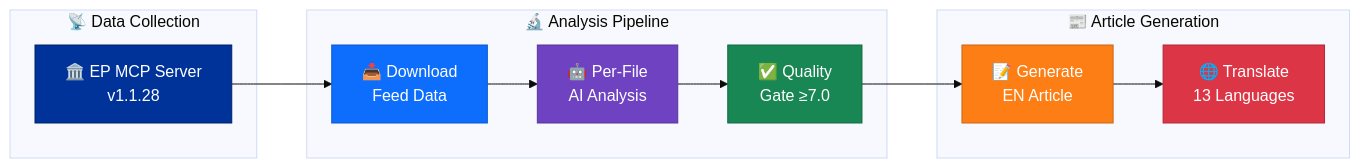
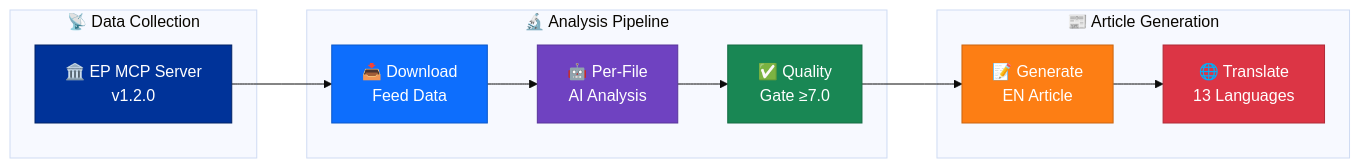
Before and after one commit to Hack23/euparliamentmonitor: the first of 7 diagrams in analysis/README.md, drawn with Mermaid (base theme). The commit also changed other lines of this file and 31 other files, not shown here.

First line of the commit message:
chore: bump european-parliament-mcp-server from 1.1.28 to 1.2.0 across all configs, workflows, docs, and tests

````diff
--- a/analysis/README.md
+++ b/analysis/README.md
@@ -63,26 +63,26 @@
 ```mermaid
 flowchart LR
     subgraph "📡 Data Collection"
-        EP["🏛️ EP MCP Server\nv1.1.28"]
+        EP["🏛️ EP MCP Server\nv1.2.0"]
     end
 
     subgraph "🔬 Analysis Pipeline"
         DL["📥 Download\nFeed Data"]
         AI["🤖 Per-File\nAI Analysis"]
         QG["✅ Quality\nGate ≥7.0"]
     end
 
     subgraph "📰 Article Generation"
         GEN["📝 Generate\nEN Article"]
         TR["🌐 Translate\n13 Languages"]
     end
 
     EP --> DL --> AI --> QG --> GEN --> TR
 
     style EP fill:#003399,stroke:#002266,color:#fff
     style DL fill:#0d6efd,stroke:#0a58ca,color:#fff
     style AI fill:#6f42c1,stroke:#59359a,color:#fff
     style QG fill:#198754,stroke:#146c43,color:#fff
     style GEN fill:#fd7e14,stroke:#ca6510,color:#fff
     style TR fill:#dc3545,stroke:#b02a37,color:#fff
 ```
````
